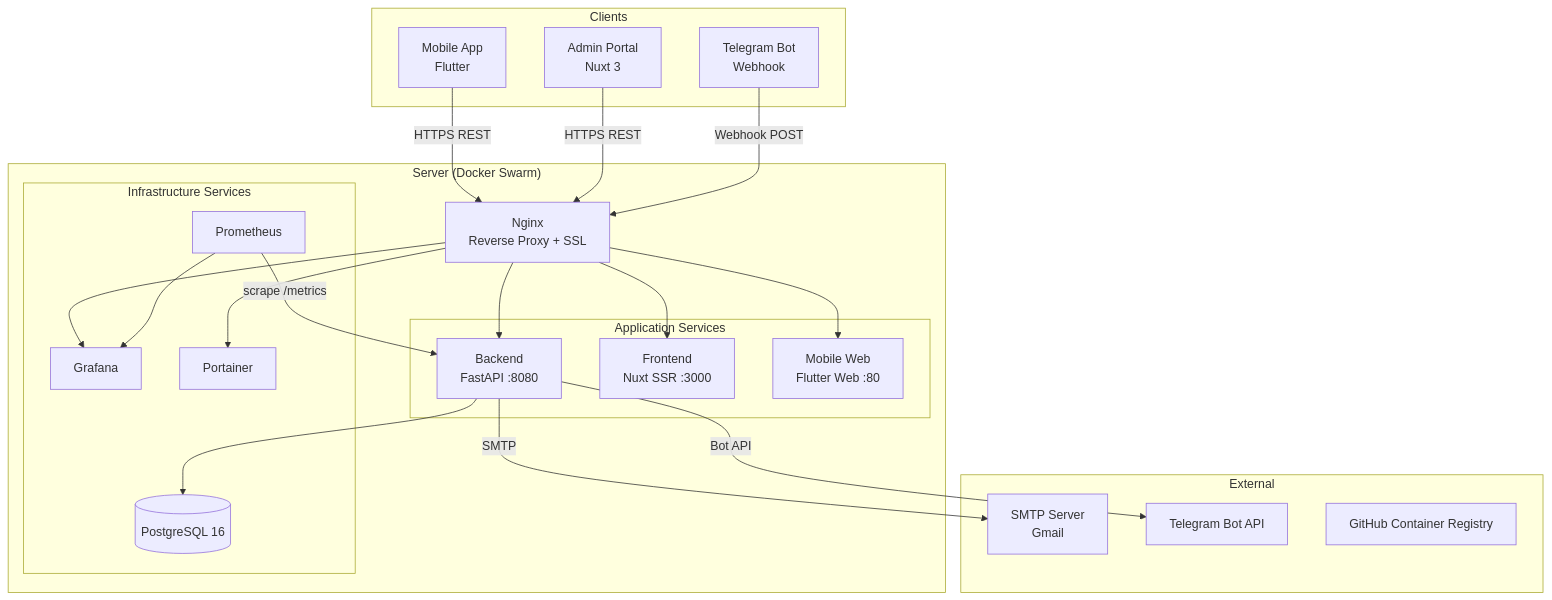
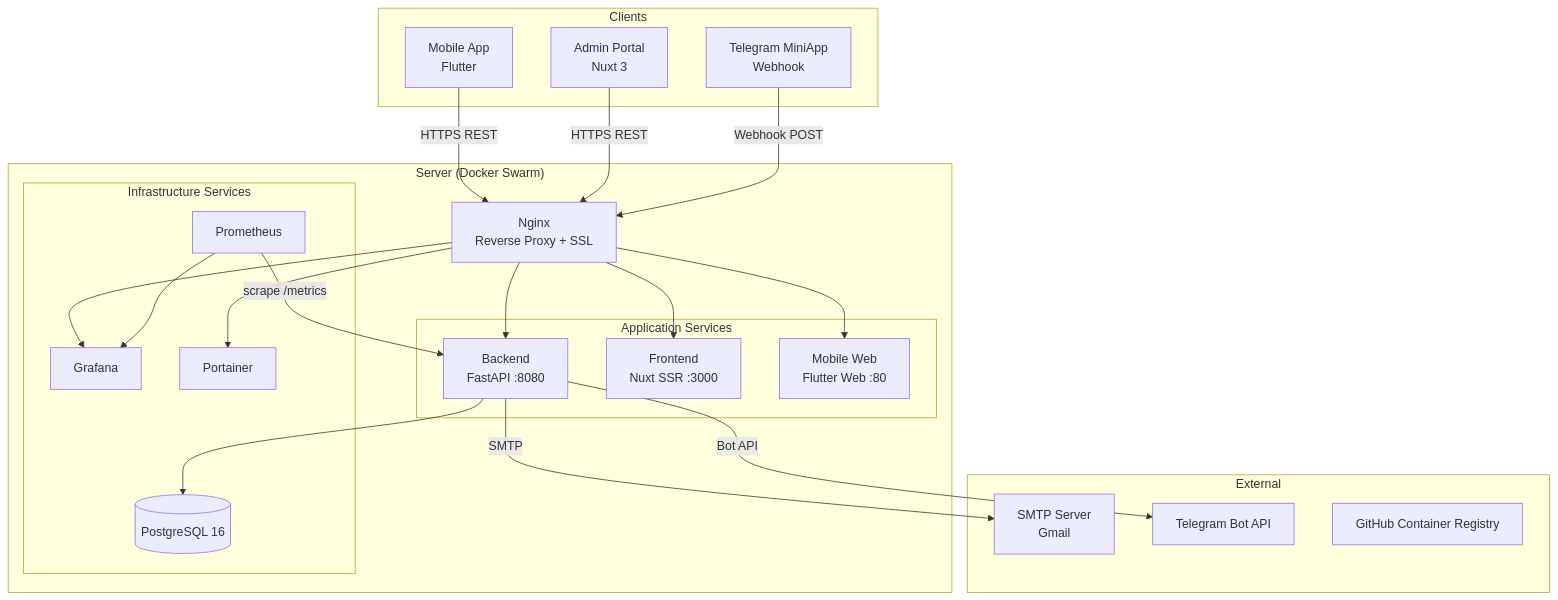
The first of 4 diagrams in src/technical/overview.md (iu-alumni/docs), drawn with Mermaid before and after one commit. The commit also changed 3 other files, not shown here.

Commit message:
Add project end goals diagram

````diff
--- a/src/technical/overview.md
+++ b/src/technical/overview.md
@@ -16,46 +16,46 @@
 ```mermaid
 graph TB
     subgraph Clients
         MOB[Mobile App<br/>Flutter]
         WEB[Admin Portal<br/>Nuxt 3]
-        TG[Telegram Bot<br/>Webhook]
+        TG[Telegram MiniApp<br/>Webhook]
     end
 
     subgraph Server ["Server (Docker Swarm)"]
         NGINX[Nginx<br/>Reverse Proxy + SSL]
 
         subgraph AppServices ["Application Services"]
             BE[Backend<br/>FastAPI :8080]
             FE[Frontend<br/>Nuxt SSR :3000]
             MOBILE_WEB[Mobile Web<br/>Flutter Web :80]
         end
 
         subgraph Infra ["Infrastructure Services"]
             PG[(PostgreSQL 16)]
             PROM[Prometheus]
             GRAF[Grafana]
             PORT[Portainer]
         end
     end
 
     subgraph External
         SMTP[SMTP Server<br/>Gmail]
         TGAPI[Telegram Bot API]
         GHCR[GitHub Container Registry]
     end
 
     MOB -->|HTTPS REST| NGINX
     WEB -->|HTTPS REST| NGINX
     TG -->|Webhook POST| NGINX
     NGINX --> BE
     NGINX --> FE
     NGINX --> MOBILE_WEB
     NGINX --> GRAF
     NGINX --> PORT
 
     BE --> PG
     BE -->|SMTP| SMTP
     BE -->|Bot API| TGAPI
     PROM -->|scrape /metrics| BE
     PROM --> GRAF
 ```
````
